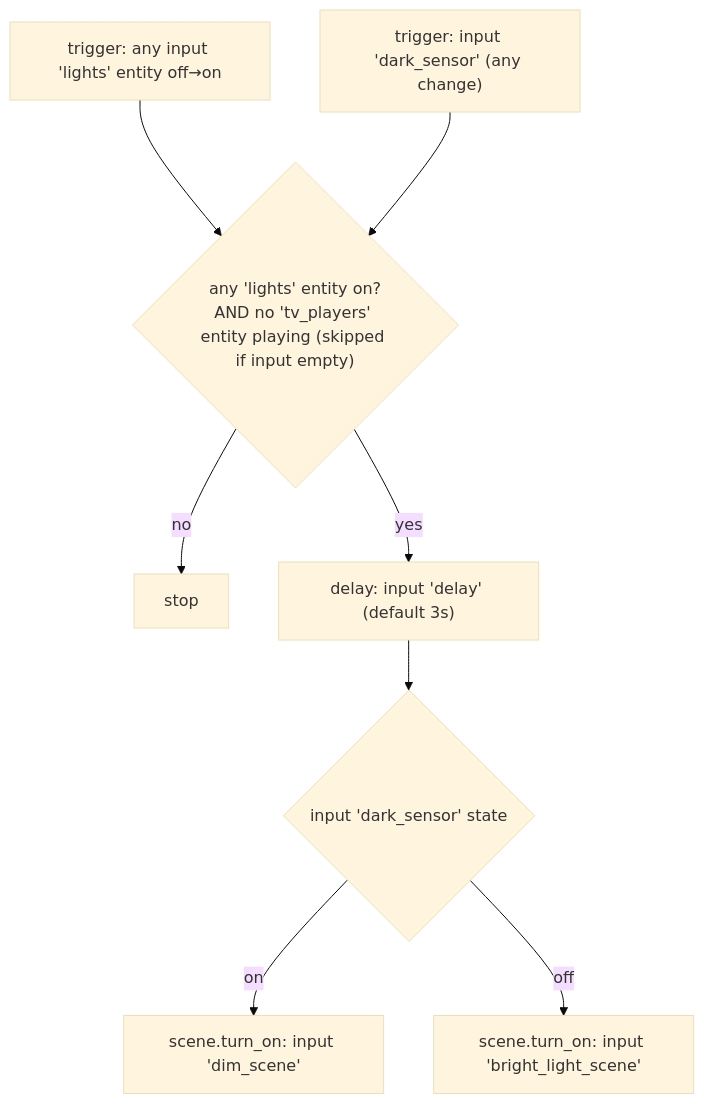
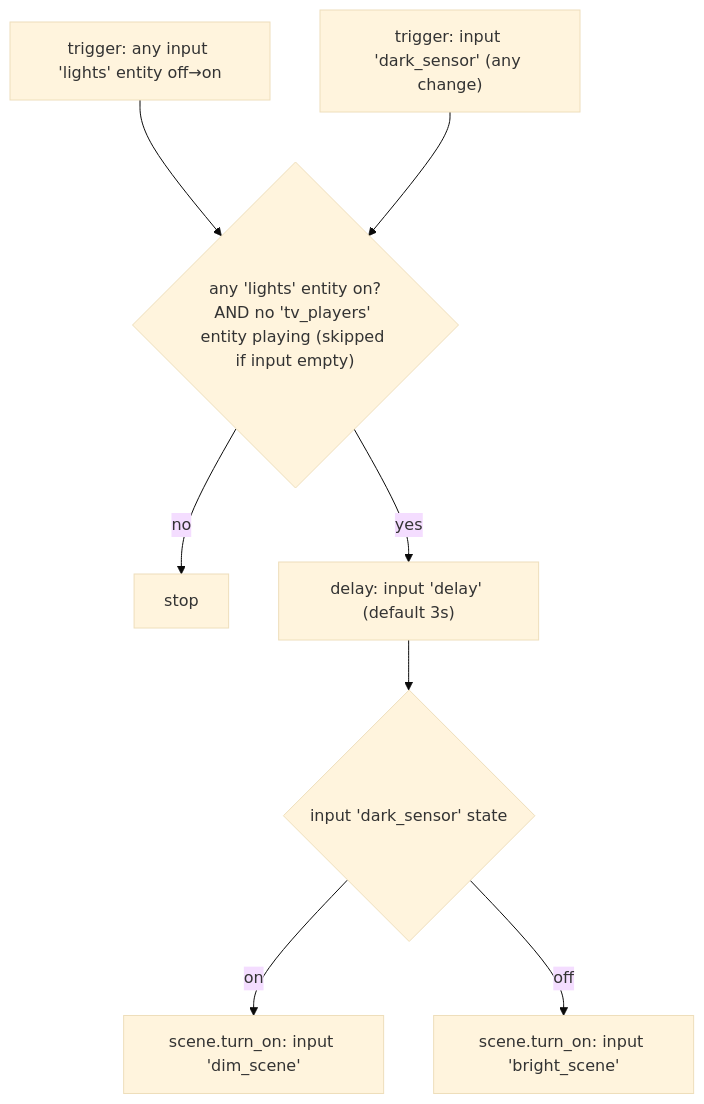
One commit to nerami/terminus-config changed the first of 2 diagrams in docs/automations/README.md. Above: the diagram before and after it, drawn with Mermaid (base theme). The commit also changed other lines of this file and 12 other files, not shown here.

````diff
--- a/docs/automations/README.md
+++ b/docs/automations/README.md
@@ -16,13 +16,13 @@
 ```mermaid
 flowchart TD
     T1["trigger: any input 'lights' entity off→on"]
     T2["trigger: input 'dark_sensor' (any change)"]
     T1 --> C
     T2 --> C
     C{"any 'lights' entity on?\nAND no 'tv_players' entity playing (skipped if input empty)"}
     C -- no --> X["stop"]
     C -- yes --> D["delay: input 'delay' (default 3s)"]
     D --> S{"input 'dark_sensor' state"}
     S -- on --> DIM["scene.turn_on: input 'dim_scene'"]
-    S -- off --> DAY["scene.turn_on: input 'bright_light_scene'"]
+    S -- off --> DAY["scene.turn_on: input 'bright_scene'"]
 ```
````
